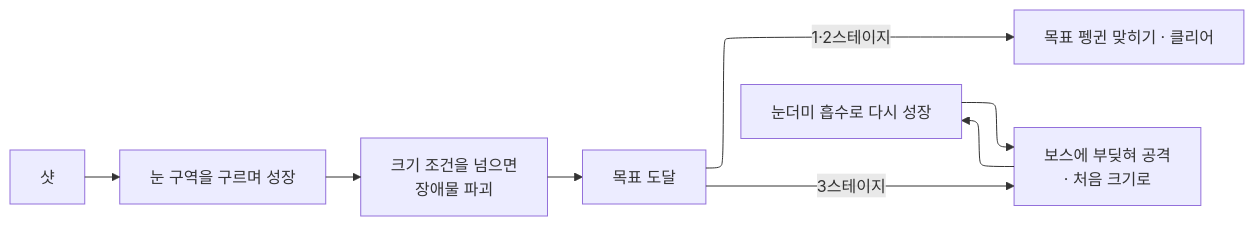
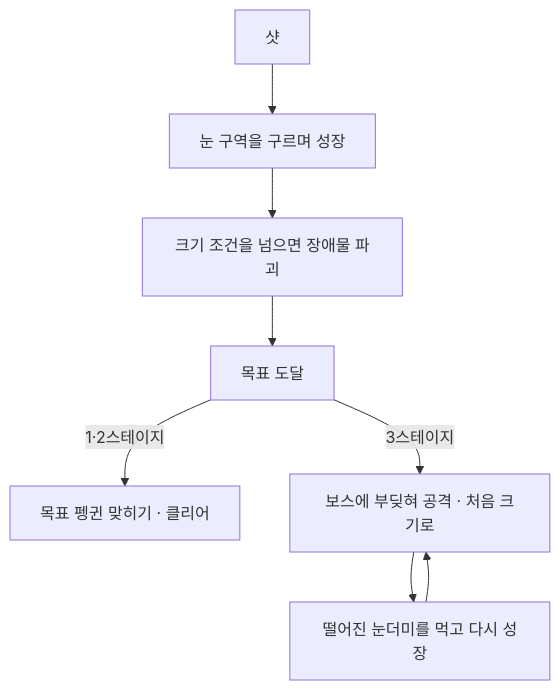
The first of 4 diagrams in src/4-snowball-golf/기술문서.md (Lets-Gitit/portfolio), drawn with Mermaid before and after one commit. The commit also changed other lines of this file and 8 other files, not shown here.

````diff
--- a/src/4-snowball-golf/기술문서.md
+++ b/src/4-snowball-golf/기술문서.md
@@ -53,14 +81,10 @@
 ```mermaid
----
-config:
-  layout: elk
----
-flowchart LR
+flowchart TD
     A["샷"] --> B["눈 구역을 구르며 성장"]
-    B --> C["크기 조건을 넘으면<br/>장애물 파괴"]
+    B --> C["크기 조건을 넘으면 장애물 파괴"]
     C --> D["목표 도달"]
     D -->|"1·2스테이지"| E["목표 펭귄 맞히기 · 클리어"]
-    D -->|"3스테이지"| F["보스에 부딪혀 공격<br/>· 처음 크기로"]
-    F --> G["눈더미 흡수로 다시 성장"]
+    D -->|"3스테이지"| F["보스에 부딪혀 공격 · 처음 크기로"]
+    F --> G["떨어진 눈더미를 먹고 다시 성장"]
     G --> F
 ```
````
